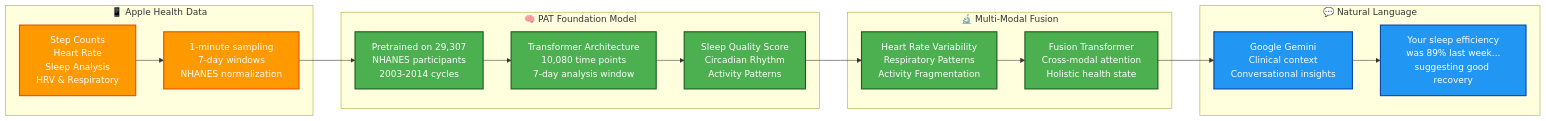
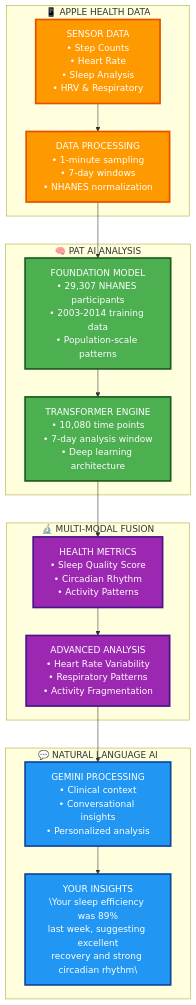
Before and after one commit to Clairty-Digital-Twin/clarity-loop-backend: the first of 2 diagrams in README.md, drawn with Mermaid. The commit also changed 4 other files, not shown here.

````diff
--- a/README.md
+++ b/README.md
@@ -15,34 +15,40 @@
 ```mermaid
-graph LR
-    subgraph DataIngestion ["📱 Apple Health Data"]
-        A[Step Counts<br/>Heart Rate<br/>Sleep Analysis<br/>HRV & Respiratory]
-        B[1-minute sampling<br/>7-day windows<br/>NHANES normalization]
+graph TB
+    subgraph Stage1 ["📱 APPLE HEALTH DATA"]
+        A["SENSOR DATA<br/>• Step Counts<br/>• Heart Rate<br/>• Sleep Analysis<br/>• HRV & Respiratory"]
+        B["DATA PROCESSING<br/>• 1-minute sampling<br/>• 7-day windows<br/>• NHANES normalization"]
     end
     
-    subgraph PAT ["🧠 PAT Foundation Model"]
-        C[Pretrained on 29,307<br/>NHANES participants<br/>2003-2014 cycles]
-        D[Transformer Architecture<br/>10,080 time points<br/>7-day analysis window]
-        E[Sleep Quality Score<br/>Circadian Rhythm<br/>Activity Patterns]
+    subgraph Stage2 ["🧠 PAT AI ANALYSIS"]
+        C["FOUNDATION MODEL<br/>• 29,307 NHANES participants<br/>• 2003-2014 training data<br/>• Population-scale patterns"]
+        D["TRANSFORMER ENGINE<br/>• 10,080 time points<br/>• 7-day analysis window<br/>• Deep learning architecture"]
     end
     
-    subgraph Multimodal ["🔬 Multi-Modal Fusion"]
-        F[Heart Rate Variability<br/>Respiratory Patterns<br/>Activity Fragmentation]
-        G[Fusion Transformer<br/>Cross-modal attention<br/>Holistic health state]
+    subgraph Stage3 ["🔬 MULTI-MODAL FUSION"]
+        E["HEALTH METRICS<br/>• Sleep Quality Score<br/>• Circadian Rhythm<br/>• Activity Patterns"]
+        F["ADVANCED ANALYSIS<br/>• Heart Rate Variability<br/>• Respiratory Patterns<br/>• Activity Fragmentation"]
     end
     
-    subgraph NLG ["💬 Natural Language"]
-        H[Google Gemini<br/>Clinical context<br/>Conversational insights]
-        I["Your sleep efficiency<br/>was 89% last week...<br/>suggesting good recovery"]
+    subgraph Stage4 ["💬 NATURAL LANGUAGE AI"]
+        G["GEMINI PROCESSING<br/>• Clinical context<br/>• Conversational insights<br/>• Personalized analysis"]
+        H["YOUR INSIGHTS<br/>\"Your sleep efficiency was 89%<br/>last week, suggesting excellent<br/>recovery and strong circadian rhythm\""]
     end
     
-    A --> B --> C --> D --> E
-    E --> F --> G --> H --> I
+    A --> B
+    B --> C
+    C --> D
+    D --> E
+    E --> F
+    F --> G
+    G --> H
     
-    classDef data fill:#ff9900,stroke:#e65100,stroke-width:2px,color:white
-    classDef ai fill:#4caf50,stroke:#1b5e20,stroke-width:2px,color:white
-    classDef output fill:#2196f3,stroke:#0d47a1,stroke-width:2px,color:white
+    classDef data fill:#ff9900,stroke:#e65100,stroke-width:3px,color:white
+    classDef ai fill:#4caf50,stroke:#1b5e20,stroke-width:3px,color:white
+    classDef fusion fill:#9c27b0,stroke:#4a148c,stroke-width:3px,color:white
+    classDef output fill:#2196f3,stroke:#0d47a1,stroke-width:3px,color:white
     
     class A,B data
-    class C,D,E,F,G ai
-    class H,I output
+    class C,D ai
+    class E,F fusion
+    class G,H output
 ```
````
